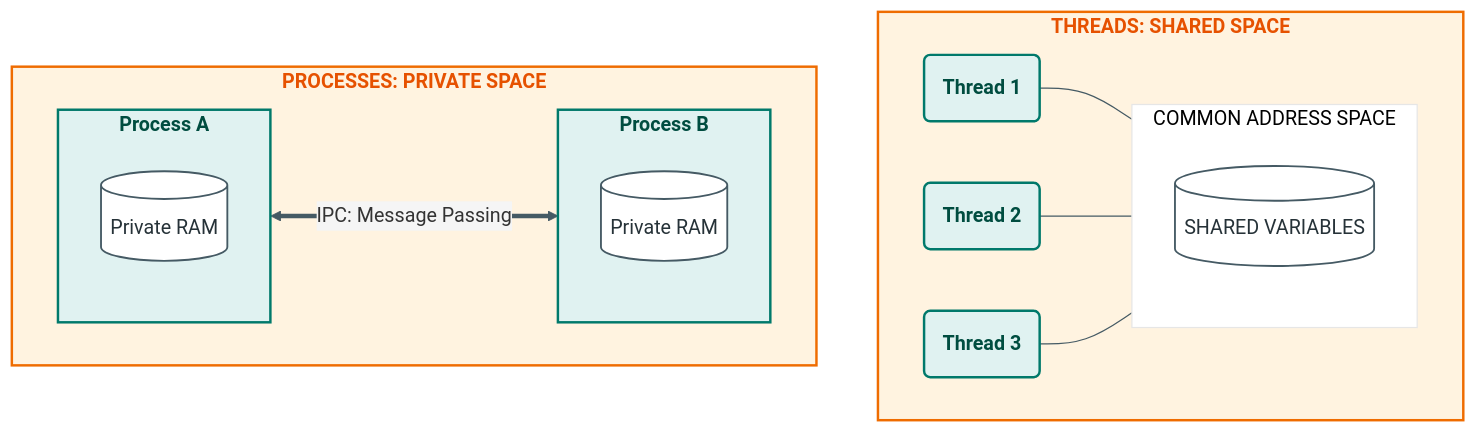
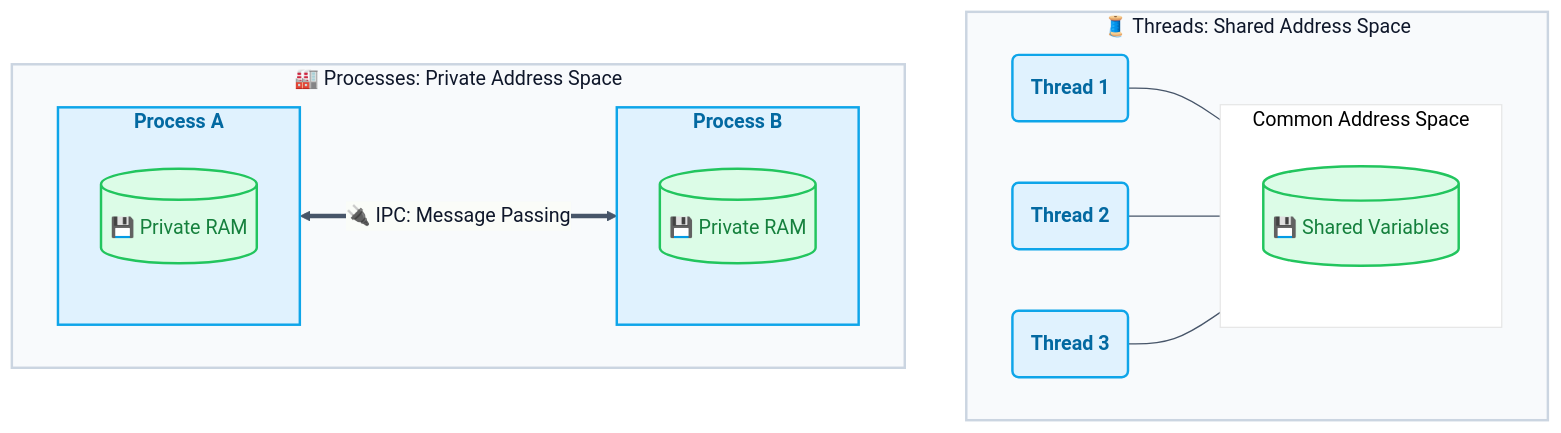
The fourth of 8 diagrams in SyedMuhammadHuzaifaAshrafi-(23FA-035-SE)/Chapter01/README.md (RameenAnwar/PDC-SP26-SE), drawn with Mermaid before and after one commit. The commit also changed other lines of this file and 5 other files, not shown here.

````diff
--- a/SyedMuhammadHuzaifaAshrafi-(23FA-035-SE)/Chapter01/README.md
+++ b/SyedMuhammadHuzaifaAshrafi-(23FA-035-SE)/Chapter01/README.md
@@ -226,36 +231,36 @@
 ```mermaid
-%%{init: {'theme': 'base', 'themeVariables': { 'lineColor': '#455A64', 'primaryColor': '#F5F5F5' }}}%%
+%%{init: {'theme': 'base', 'themeVariables': { 'lineColor': '#475569', 'primaryColor': '#f8fafc', 'primaryTextColor': '#0f172a', 'primaryBorderColor': '#cbd5e1' }}}%%
 flowchart TD
-    %% Pro Max Programming Models
-    classDef space fill:#FFF3E0,stroke:#EF6C00,stroke-width:2px,color:#E65100,font-weight:bold
-    classDef proc fill:#E0F2F1,stroke:#00796B,stroke-width:2px,color:#004D40,font-weight:bold
-    classDef var fill:#FFFFFF,stroke:#455A64,stroke-width:1.5px,color:#263238
+    %% Premium Programming Models
+    classDef container fill:#f8fafc,stroke:#cbd5e1,stroke-width:2px,color:#0f172a
+    classDef thread fill:#e0f2fe,stroke:#0ea5e9,stroke-width:2px,color:#0369a1,font-weight:bold
+    classDef data fill:#dcfce7,stroke:#22c55e,stroke-width:2px,color:#15803d
 
-    subgraph SHARED_MODEL [THREADS: SHARED SPACE]
+    subgraph SHARED_MODEL ["🧵 Threads: Shared Address Space"]
         direction LR
-        subgraph SHARED_MEM [COMMON ADDRESS SPACE]
+        subgraph SHARED_MEM ["Common Address Space"]
             direction TB
-            DATA[(SHARED VARIABLES)]
+            DATA[("💾 Shared Variables")]
         end
         T1(Thread 1) --- DATA
         T2(Thread 2) --- DATA
         T3(Thread 3) --- DATA
     end
 
-    subgraph PROC_MODEL [PROCESSES: PRIVATE SPACE]
+    subgraph PROC_MODEL ["🏭 Processes: Private Address Space"]
         direction LR
-        subgraph P1_NODE [Process A]
+        subgraph P1_NODE ["Process A"]
             direction TB
-            A_MEM[(Private RAM)]
+            A_MEM[("💾 Private RAM")]
         end
-        subgraph P2_NODE [Process B]
+        subgraph P2_NODE ["Process B"]
             direction TB
-            B_MEM[(Private RAM)]
+            B_MEM[("💾 Private RAM")]
         end
-        P1_NODE <== IPC: Message Passing ==> P2_NODE
+        P1_NODE <== "🔌 IPC: Message Passing" ==> P2_NODE
     end
 
-    class SHARED_MODEL,PROC_MODEL space
-    class T1,T2,T3,P1_NODE,P2_NODE proc
-    class DATA,A_MEM,B_MEM var
+    class SHARED_MODEL,PROC_MODEL container
+    class T1,T2,T3,P1_NODE,P2_NODE thread
+    class DATA,A_MEM,B_MEM data
 ```
````
